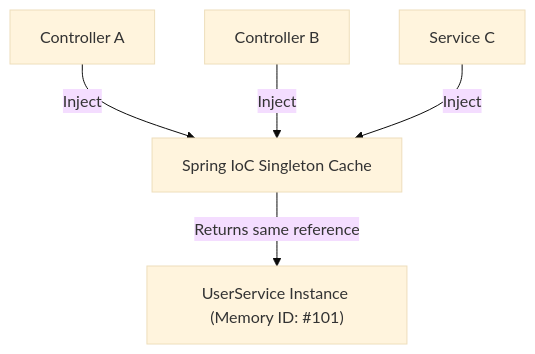
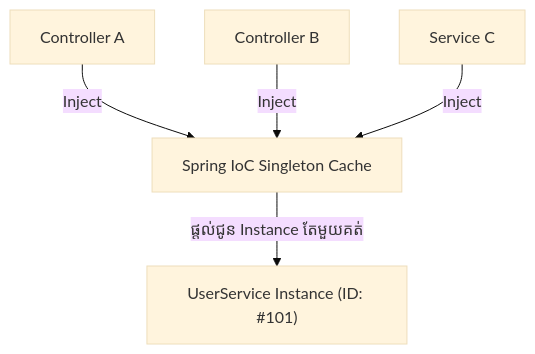
One commit to sakousa856-sketch/java-spring-for-developers-khmer changed the diagram in 03-spring-framework/13-singleton-scope/README.md. Above: the diagram before and after it, drawn with Mermaid (base theme). The commit also changed other lines of this file and 290 other files, not shown here.

````diff
--- a/03-spring-framework/13-singleton-scope/README.md
+++ b/03-spring-framework/13-singleton-scope/README.md
@@ -23,7 +20,8 @@
 ```mermaid
 flowchart TD
     Client1["Controller A"] -->|Inject| Container["Spring IoC Singleton Cache"]
     Client2["Controller B"] -->|Inject| Container
     Client3["Service C"] -->|Inject| Container
-    Container -->|Returns same reference| Instance["UserService Instance (Memory ID: #101)"]
+    Container -->|ផ្តល់ជូន Instance តែមួយគត់| Instance["UserService Instance (ID: #101)"]
+
 ```
````
